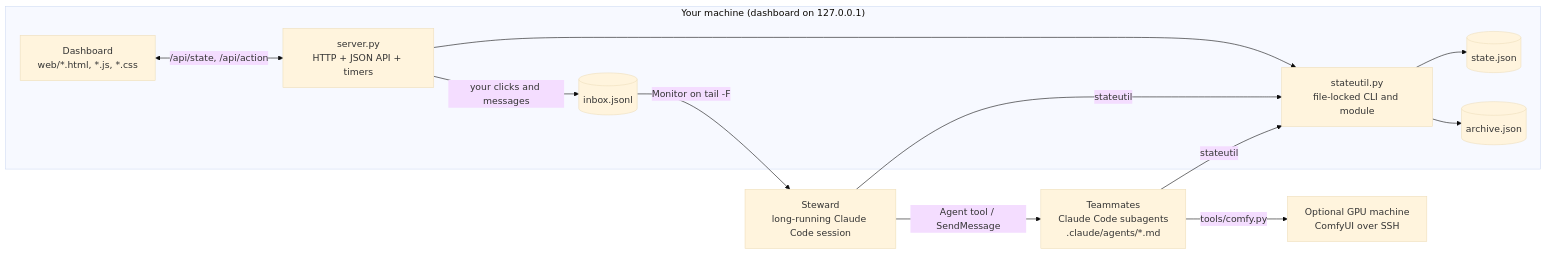
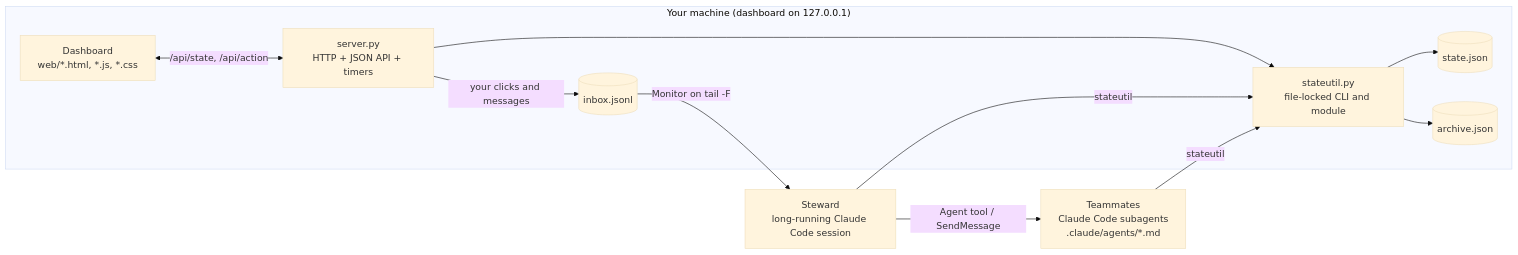
The diagram in docs/architecture.md (dxu2/underthread), drawn with Mermaid (base theme) before and after one commit. The commit also changed other lines of this file and 40 other files, not shown here.

````diff
--- a/docs/architecture.md
+++ b/docs/architecture.md
@@ -7,24 +7,22 @@
 ```mermaid
 flowchart LR
   subgraph Local["Your machine (dashboard on 127.0.0.1)"]
     UI[Dashboard<br/>web/*.html, *.js, *.css]
     SRV[server.py<br/>HTTP + JSON API + timers]
     SU[stateutil.py<br/>file-locked CLI and module]
     ST[(state.json)]
     AR[(archive.json)]
     IN[(inbox.jsonl)]
   end
   MGR[Steward<br/>long-running Claude Code session]
   AG[Teammates<br/>Claude Code subagents<br/>.claude/agents/*.md]
-  GPU[Optional GPU machine<br/>ComfyUI over SSH]
 
   UI <-->|/api/state, /api/action| SRV
   SRV --> SU --> ST
   SU --> AR
   SRV -->|your clicks and messages| IN
   IN -->|Monitor on tail -F| MGR
   MGR -->|Agent tool / SendMessage| AG
   MGR -->|stateutil| SU
   AG -->|stateutil| SU
-  AG -->|tools/comfy.py| GPU
 ```
````
